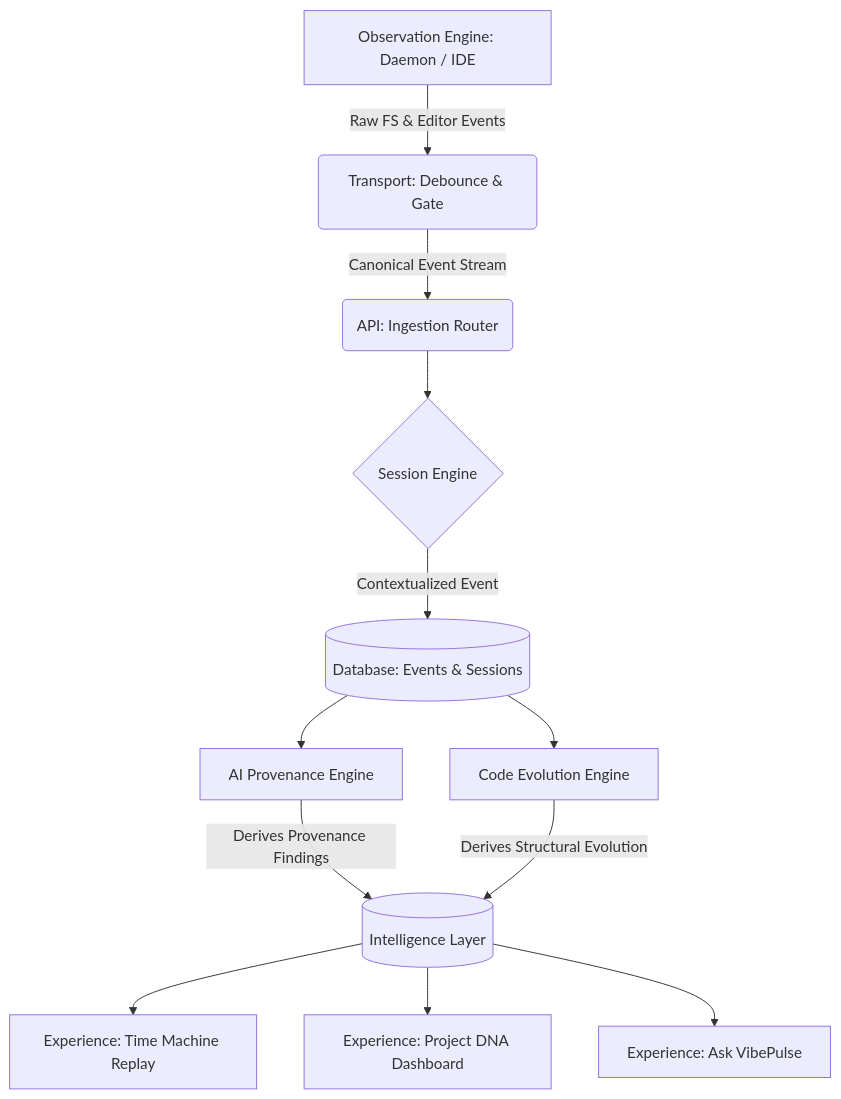
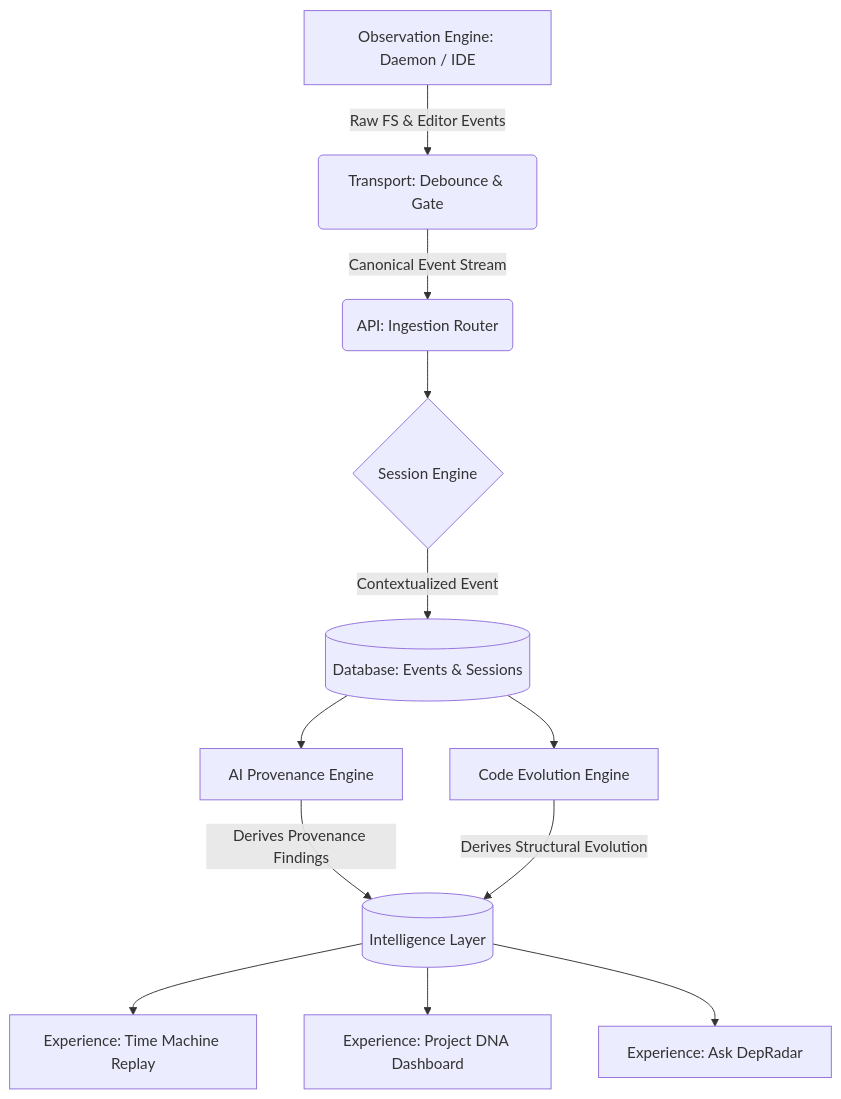
The diagram in docs/architecture/VIBEPULSE_2.0_ARCHITECTURE_BLUEPRINT.md (sanket200511/VibePulse), drawn with Mermaid before and after one commit. The commit also changed other lines of this file and 218 other files, not shown here.

Commit message:
feat(branding): complete project rename from VibePulse to DepRadar across all packages, services, and documentation

````diff
--- a/docs/architecture/VIBEPULSE_2.0_ARCHITECTURE_BLUEPRINT.md
+++ b/docs/architecture/VIBEPULSE_2.0_ARCHITECTURE_BLUEPRINT.md
@@ -139,17 +139,17 @@
 ```mermaid
 graph TD
     A[Observation Engine: Daemon / IDE] -->|Raw FS & Editor Events| B(Transport: Debounce & Gate)
     B -->|Canonical Event Stream| C(API: Ingestion Router)
     C --> D{Session Engine}
     D -->|Contextualized Event| E[(Database: Events & Sessions)]
 
     E --> F[AI Provenance Engine]
     E --> G[Code Evolution Engine]
 
     F -->|Derives Provenance Findings| H[(Intelligence Layer)]
     G -->|Derives Structural Evolution| H
 
     H --> I[Experience: Time Machine Replay]
     H --> J[Experience: Project DNA Dashboard]
-    H --> K[Experience: Ask VibePulse]
+    H --> K[Experience: Ask DepRadar]
 ```
````
